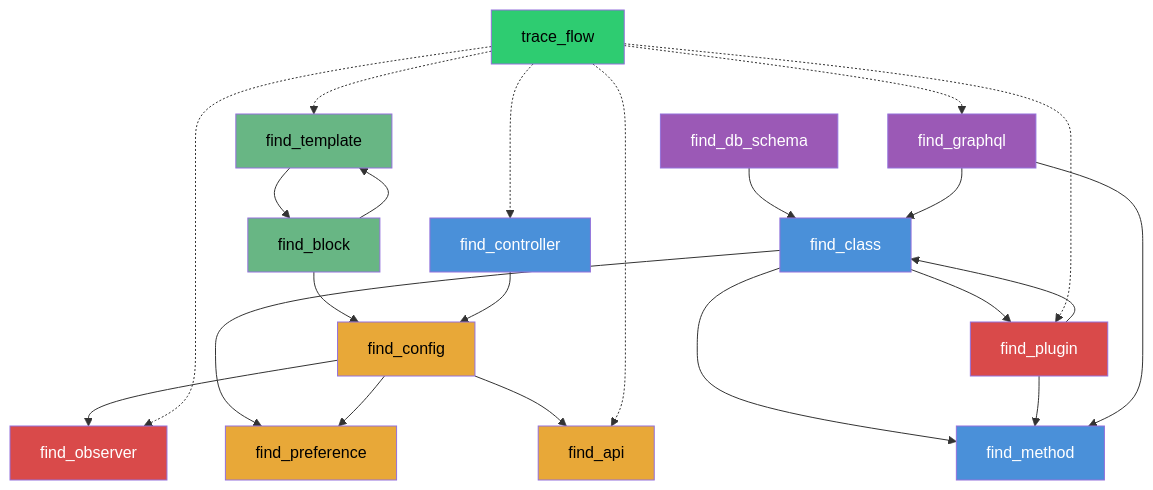
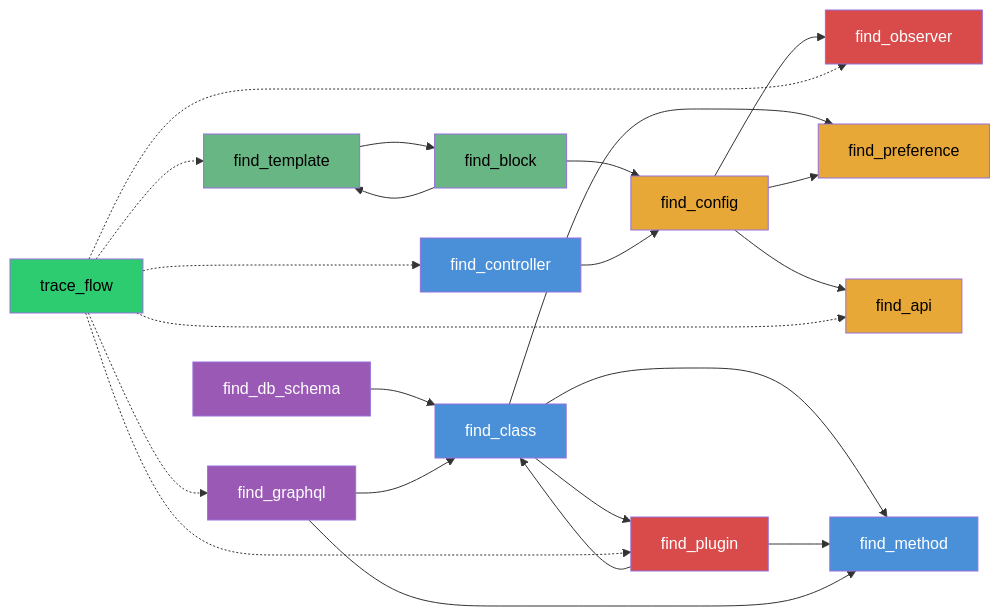
The fifth of 11 diagrams in README.md (krejcif/magector), drawn with Mermaid before and after one commit. The commit also changed other lines of this file and 3 other files, not shown here.

````diff
--- a/README.md
+++ b/README.md
@@ -407,38 +411,38 @@
 ```mermaid
-graph TD
+graph LR
   cls["find_class"] --> plg["find_plugin"]
   cls --> prf["find_preference"]
   cls --> mtd["find_method"]
   cfg["find_config"] --> obs["find_observer"]
   cfg --> prf
   cfg --> api["find_api"]
   plg --> cls
   plg --> mtd
   tpl["find_template"] --> blk["find_block"]
   blk --> tpl
   blk --> cfg
   dbs["find_db_schema"] --> cls
   gql["find_graphql"] --> cls
   gql --> mtd
   ctl["find_controller"] --> cfg
   trc["trace_flow"] -.-> ctl
   trc -.-> plg
   trc -.-> obs
   trc -.-> tpl
   trc -.-> api
   trc -.-> gql
 
   style cls fill:#4a90d9,color:#fff
   style mtd fill:#4a90d9,color:#fff
   style cfg fill:#e8a838,color:#000
   style plg fill:#d94a4a,color:#fff
   style obs fill:#d94a4a,color:#fff
   style prf fill:#e8a838,color:#000
   style api fill:#e8a838,color:#000
   style tpl fill:#68b684,color:#000
   style blk fill:#68b684,color:#000
   style dbs fill:#9b59b6,color:#fff
   style gql fill:#9b59b6,color:#fff
   style ctl fill:#4a90d9,color:#fff
   style trc fill:#2ecc71,color:#000
 ```
````
